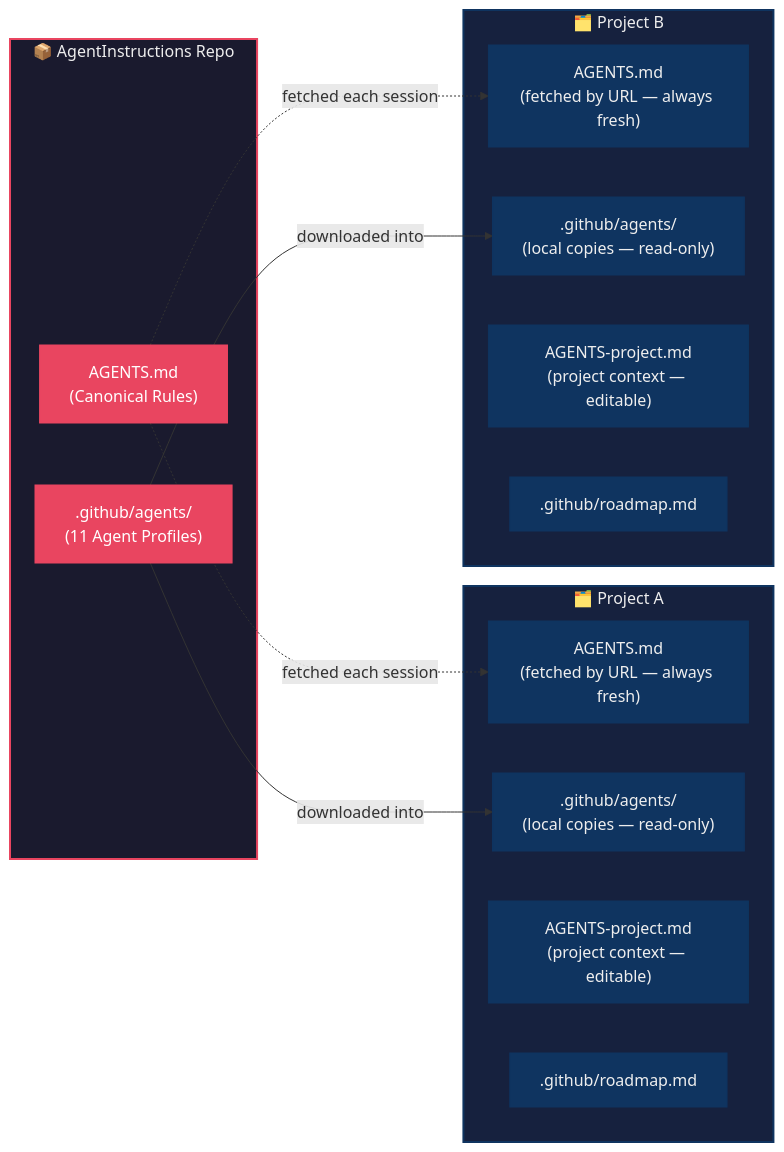
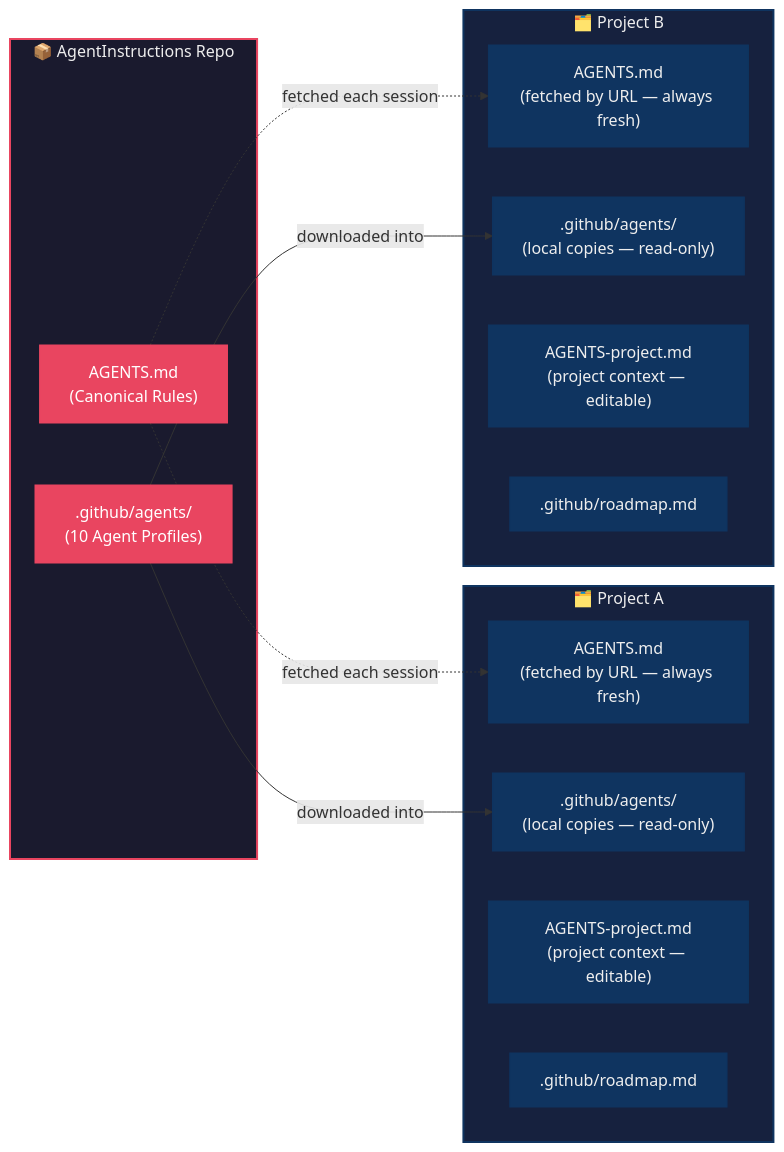
Before and after one commit to LoneEngineer99/AgentInstructions: the diagram in README.md, drawn with Mermaid. The commit also changed other lines of this file and 12 other files, not shown here.

````diff
--- a/README.md
+++ b/README.md
@@ -52,38 +52,38 @@
 ```mermaid
 flowchart LR
     subgraph This_Repo["📦 AgentInstructions Repo"]
         A["AGENTS.md\n(Canonical Rules)"]
-        B[".github/agents/\n(11 Agent Profiles)"]
+        B[".github/agents/\n(10 Agent Profiles)"]
     end
     subgraph Project_A["🗂️ Project A"]
         D["AGENTS.md\n(fetched by URL — always fresh)"]
         E[".github/agents/\n(local copies — read-only)"]
         F["AGENTS-project.md\n(project context — editable)"]
         G[".github/roadmap.md"]
     end
     subgraph Project_B["🗂️ Project B"]
         H["AGENTS.md\n(fetched by URL — always fresh)"]
         I[".github/agents/\n(local copies — read-only)"]
         J["AGENTS-project.md\n(project context — editable)"]
         K[".github/roadmap.md"]
     end
 
     A -. "fetched each session" .-> D
     B -- "downloaded into" --> E
     A -. "fetched each session" .-> H
     B -- "downloaded into" --> I
 
     style This_Repo fill:#1a1a2e,stroke:#e94560,stroke-width:2px,color:#eee
     style Project_A fill:#16213e,stroke:#0f3460,stroke-width:2px,color:#eee
     style Project_B fill:#16213e,stroke:#0f3460,stroke-width:2px,color:#eee
     style A fill:#e94560,stroke:#e94560,color:#fff
     style B fill:#e94560,stroke:#e94560,color:#fff
     style D fill:#0f3460,stroke:#0f3460,color:#eee
     style E fill:#0f3460,stroke:#0f3460,color:#eee
     style F fill:#0f3460,stroke:#0f3460,color:#eee
     style G fill:#0f3460,stroke:#0f3460,color:#eee
     style H fill:#0f3460,stroke:#0f3460,color:#eee
     style I fill:#0f3460,stroke:#0f3460,color:#eee
     style J fill:#0f3460,stroke:#0f3460,color:#eee
     style K fill:#0f3460,stroke:#0f3460,color:#eee
 ```
````
